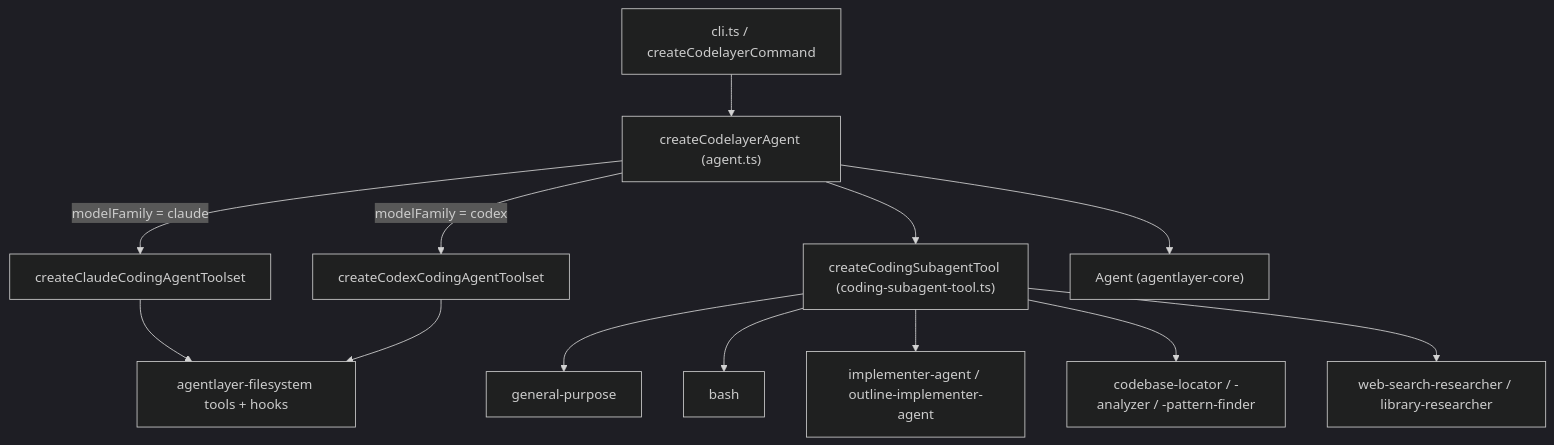
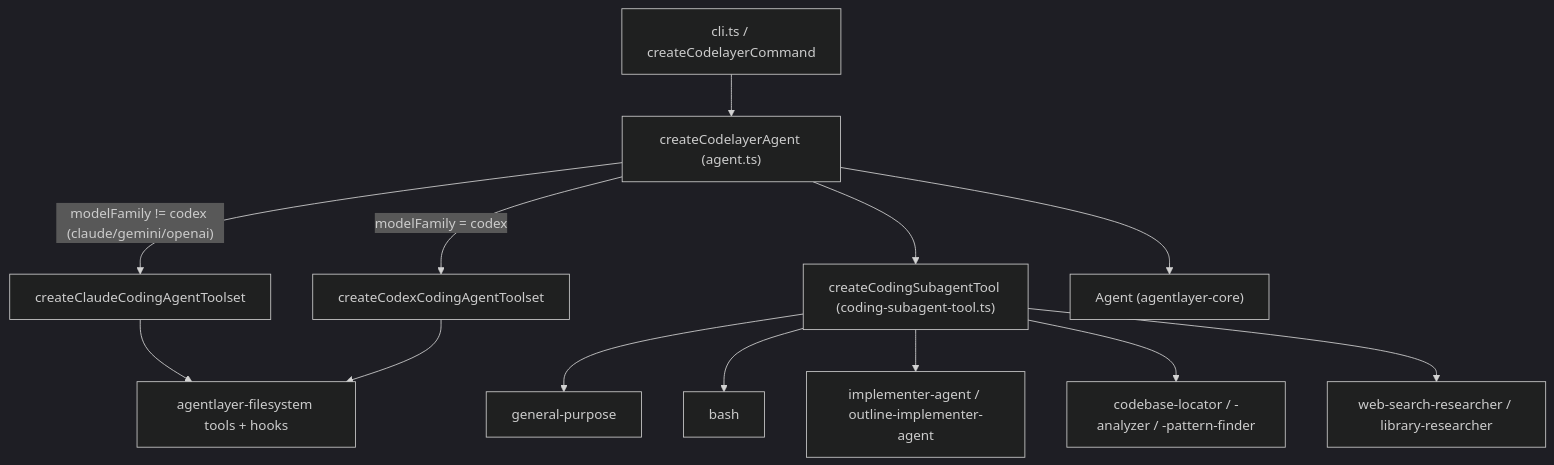
Before and after one commit to humanlayer/agentlayer: the diagram in agents/codelayer/README.md, drawn with Mermaid (dark theme). The commit also changed other lines of this file and 10 other files, not shown here.

````diff
--- a/agents/codelayer/README.md
+++ b/agents/codelayer/README.md
@@ -35,15 +36,15 @@
 ```mermaid
 flowchart TD
     CLI["cli.ts / createCodelayerCommand"] --> AGENT["createCodelayerAgent (agent.ts)"]
-    AGENT -->|"modelFamily = claude"| CLAUDE_TOOLS["createClaudeCodingAgentToolset"]
+    AGENT -->|"modelFamily != codex (claude/gemini/openai)"| CLAUDE_TOOLS["createClaudeCodingAgentToolset"]
     AGENT -->|"modelFamily = codex"| CODEX_TOOLS["createCodexCodingAgentToolset"]
     AGENT --> SUBTOOL["createCodingSubagentTool (coding-subagent-tool.ts)"]
     SUBTOOL --> GP["general-purpose"]
     SUBTOOL --> BASH["bash"]
     SUBTOOL --> IMPL["implementer-agent / outline-implementer-agent"]
     SUBTOOL --> RPI["codebase-locator / -analyzer / -pattern-finder"]
     SUBTOOL --> WEB["web-search-researcher / library-researcher"]
     AGENT --> CORE["Agent (agentlayer-core)"]
     CLAUDE_TOOLS --> FS["agentlayer-filesystem tools + hooks"]
     CODEX_TOOLS --> FS
 ```
````
